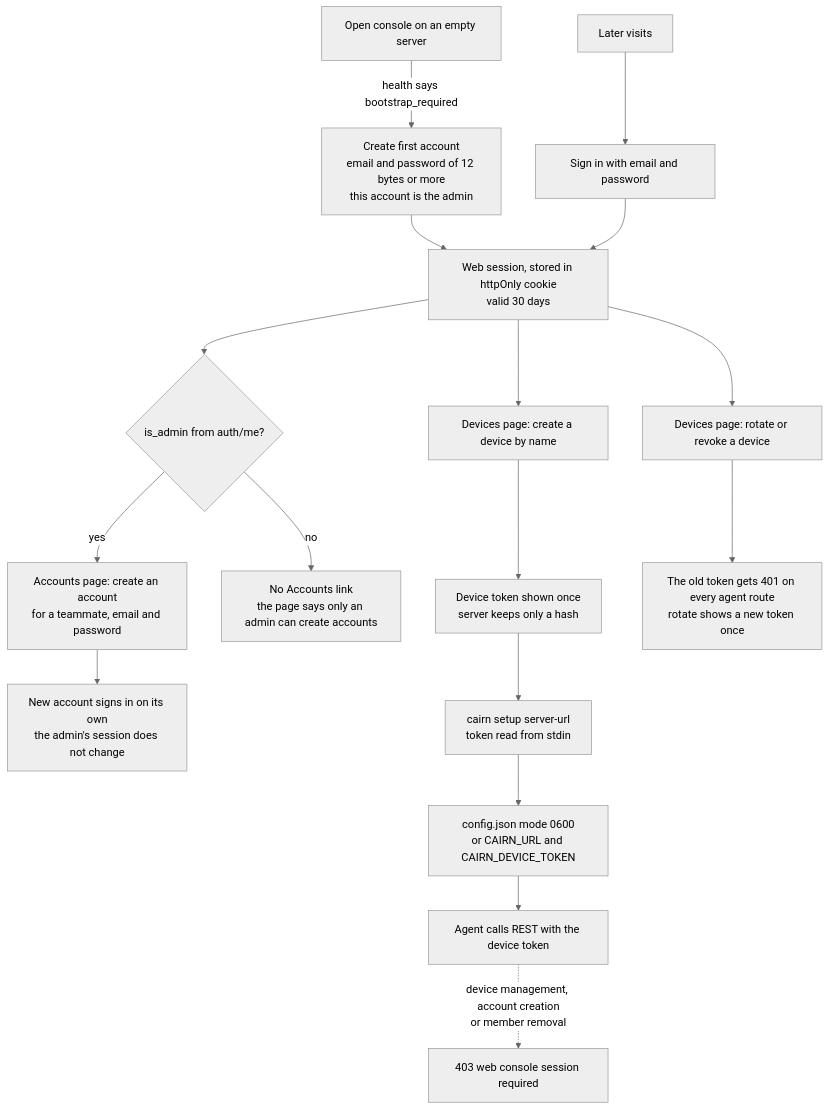
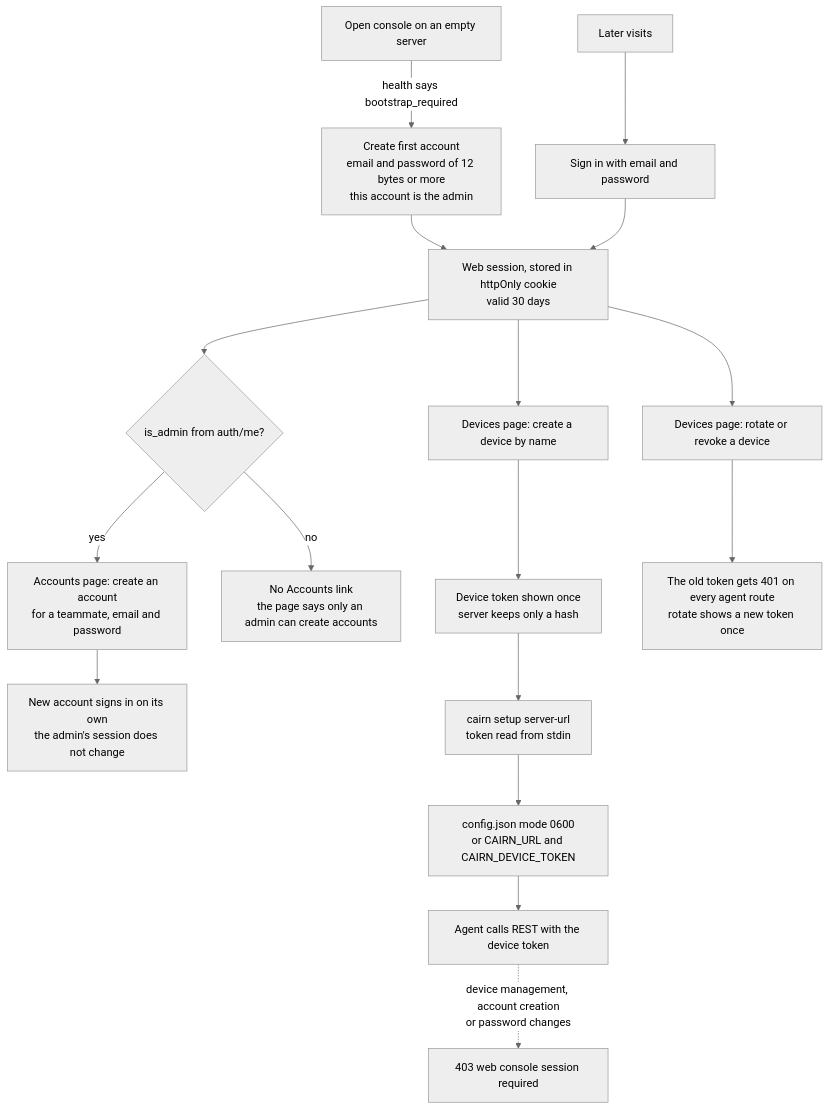
Before and after one commit to cunilab/cairn-memory: the tenth of 17 diagrams in docs/data-flow.md, drawn with Mermaid (neutral theme). The commit also changed other lines of this file and 34 other files, not shown here.

````diff
--- a/docs/data-flow.md
+++ b/docs/data-flow.md
@@ -413,19 +412,19 @@
 ```mermaid
 flowchart TD
     A["Open console on an empty server"] -->|"health says bootstrap_required"| B["Create first account<br/>email and password of 12 bytes or more<br/>this account is the admin"]
     B --> C["Web session, stored in httpOnly cookie<br/>valid 30 days"]
     A2["Later visits"] --> A3["Sign in with email and password"]
     A3 --> C
     C --> AD{"is_admin from auth/me?"}
     AD -->|"yes"| AC["Accounts page: create an account<br/>for a teammate, email and password"]
     AD -->|"no"| AN["No Accounts link<br/>the page says only an admin can create accounts"]
     AC --> NA["New account signs in on its own<br/>the admin's session does not change"]
     C --> D["Devices page: create a device by name"]
     D --> E["Device token shown once<br/>server keeps only a hash"]
     E --> F["cairn setup server-url<br/>token read from stdin"]
     F --> G["config.json mode 0600<br/>or CAIRN_URL and CAIRN_DEVICE_TOKEN"]
     G --> H["Agent calls REST with the device token"]
     C --> R["Devices page: rotate or revoke a device"]
     R --> S["The old token gets 401 on every agent route<br/>rotate shows a new token once"]
-    H -.->|"device management, account creation<br/>or member removal"| X["403 web console session required"]
+    H -.->|"device management, account creation<br/>or password changes"| X["403 web console session required"]
 ```
````
